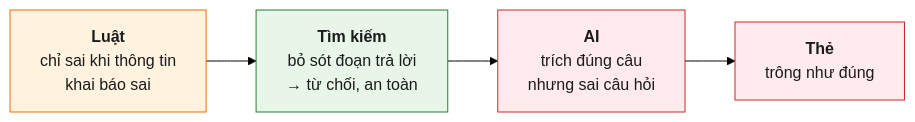
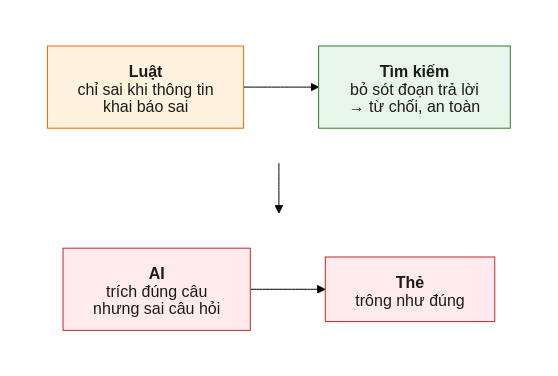
The second of 3 diagrams in README.md (Park-Hip/next-gen-2026), drawn with Mermaid (forest theme) before and after one commit. The commit also changed other lines of this file, not shown here.

Commit message:
Make the README diagrams robust on GitHub: SVG text labels that never clip, two rows that keep clear of the zoom buttons

````diff
--- a/README.md
+++ b/README.md
@@ -112,11 +136,36 @@
 ```mermaid
-flowchart LR
-    rules["<b>Luật</b><br/>chỉ sai khi thông tin<br/>khai báo sai"] --> search["<b>Tìm kiếm</b><br/>bỏ sót đoạn trả lời<br/>→ từ chối, an toàn"]
-    search --> ai["<b>AI</b><br/>trích đúng câu<br/>nhưng sai câu hỏi"]
-    ai --> card["<b>Thẻ</b><br/>trông như đúng"]
+---
+config:
+  htmlLabels: false
+  flowchart:
+    htmlLabels: false
+    wrappingWidth: 400
+    diagramPadding: 8
+---
+flowchart TB
+    subgraph before[" "]
+        direction LR
+        rules["`**Luật**
+        chỉ sai khi thông tin
+        khai báo sai`"] --> search["`**Tìm kiếm**
+        bỏ sót đoạn trả lời
+        → từ chối, an toàn`"]
+    end
+
+    subgraph after[" "]
+        direction LR
+        ai["`**AI**
+        trích đúng câu
+        nhưng sai câu hỏi`"] --> card["`**Thẻ**
+        trông như đúng`"]
+    end
+
+    before --> after
 
     style rules fill:#fff3e0,stroke:#ef6c00,color:#1b1b1b
     style search fill:#e8f5e9,stroke:#2e7d32,color:#1b1b1b
     style ai fill:#ffebee,stroke:#c62828,color:#1b1b1b
     style card fill:#ffebee,stroke:#c62828,color:#1b1b1b
+    style before fill:transparent,stroke:transparent
+    style after fill:transparent,stroke:transparent
 ```
````
